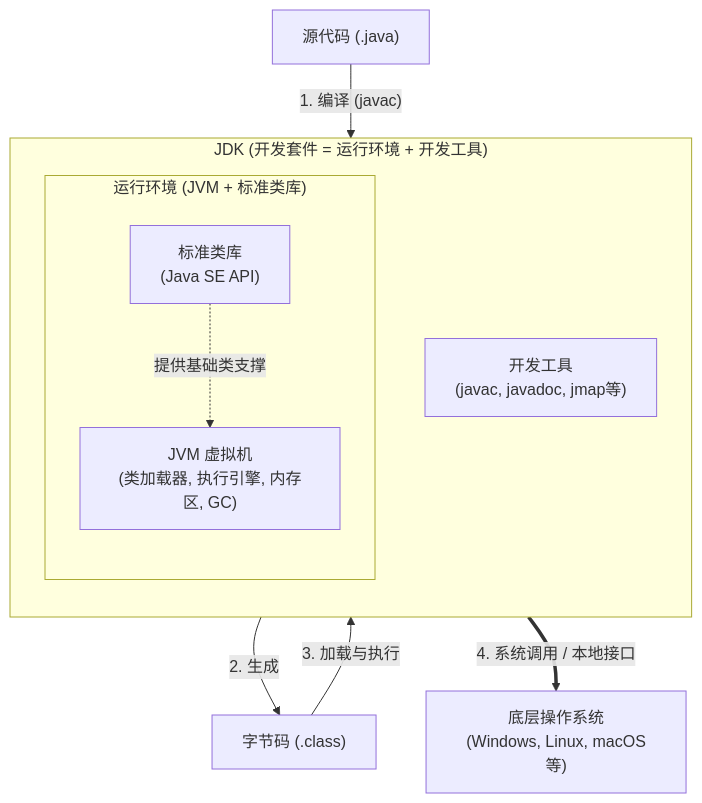
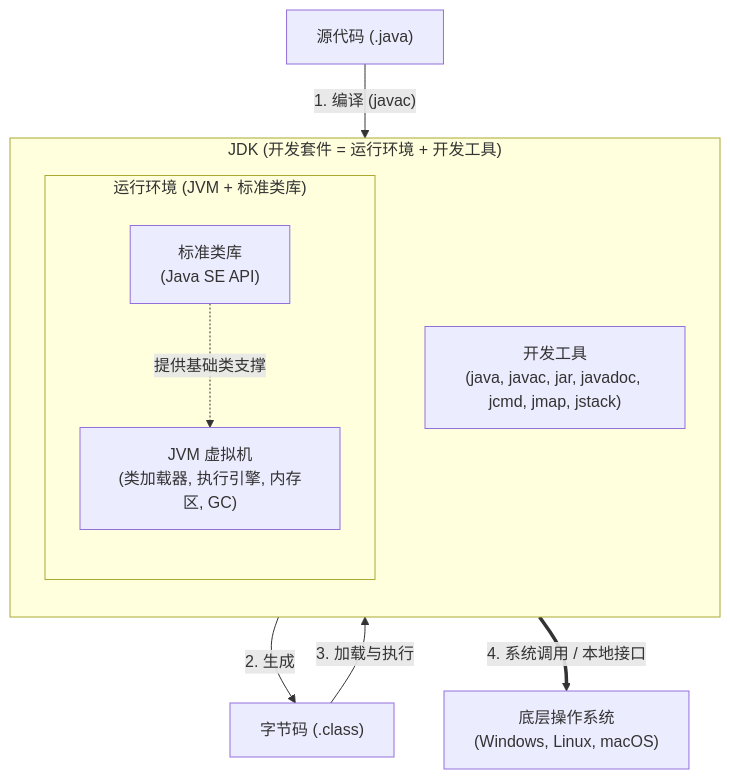
The diagram in 网站前端/Java学习笔记/README.md (realgeoffrey/knowledge), drawn with Mermaid before and after one commit. The commit also changed other lines of this file, not shown here.

````diff
--- a/网站前端/Java学习笔记/README.md
+++ b/网站前端/Java学习笔记/README.md
@@ -104,28 +104,28 @@
 ```mermaid
 flowchart TD
     %% 定义外部输入
     Src["源代码 (.java)"]
 
     subgraph JDK ["JDK (开发套件 = 运行环境 + 开发工具)"]
         direction TB
-        Tools["开发工具<br/>(javac, javadoc, jmap等)"]
+        Tools["开发工具<br/>(java, javac, jar, javadoc, jcmd, jmap, jstack)"]
 
         subgraph JRE ["运行环境 (JVM + 标准类库)"]
             direction TB
             Lib["标准类库<br/>(Java SE API)"]
             JVM["JVM 虚拟机<br/>(类加载器, 执行引擎, 内存区, GC)"]
 
             Lib -.->|"提供基础类支撑"| JVM
         end
     end
 
     %% 核心流程
     BC["字节码 (.class)"]
-    OS["底层操作系统<br/>(Windows, Linux, macOS等)"]
+    OS["底层操作系统<br/>(Windows, Linux, macOS)"]
 
     %% 节点连接关系
     Src -->|"1. 编译 (javac)"| Tools
     Tools -->|"2. 生成"| BC
     BC -->|"3. 加载与执行"| JVM
     JVM ==>|"4. 系统调用 / 本地接口"| OS
 ```
````
